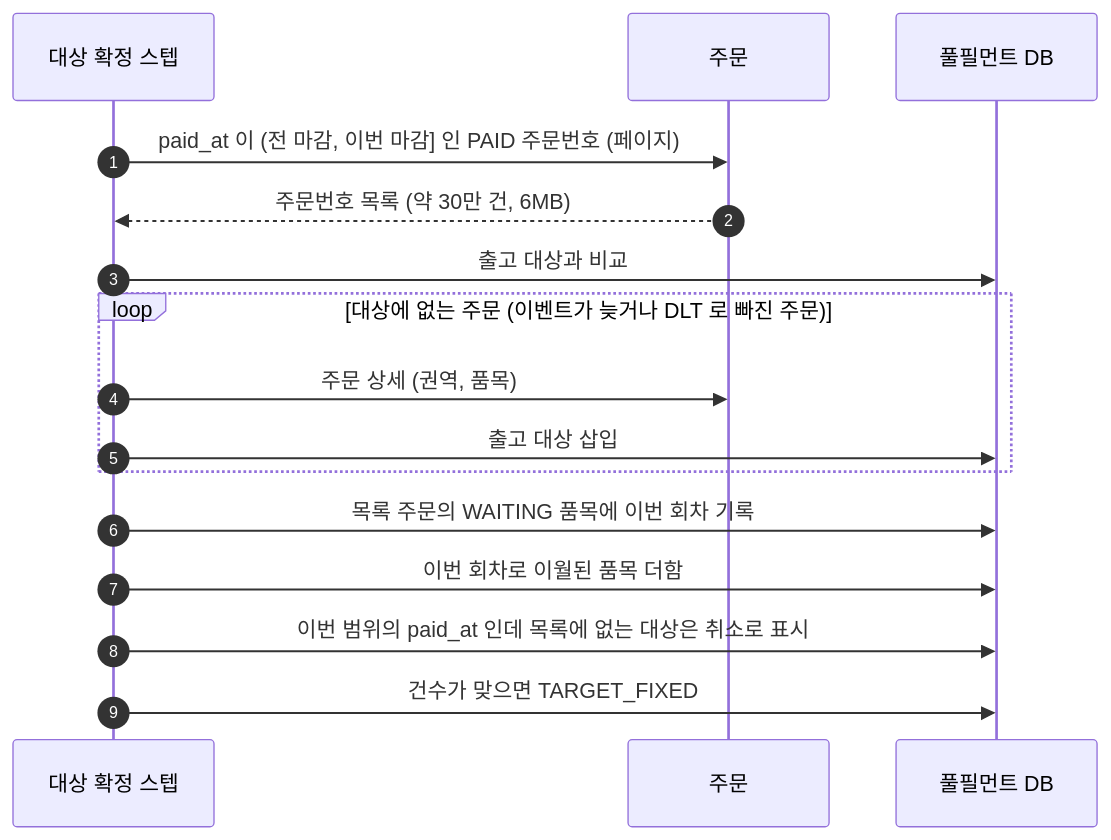
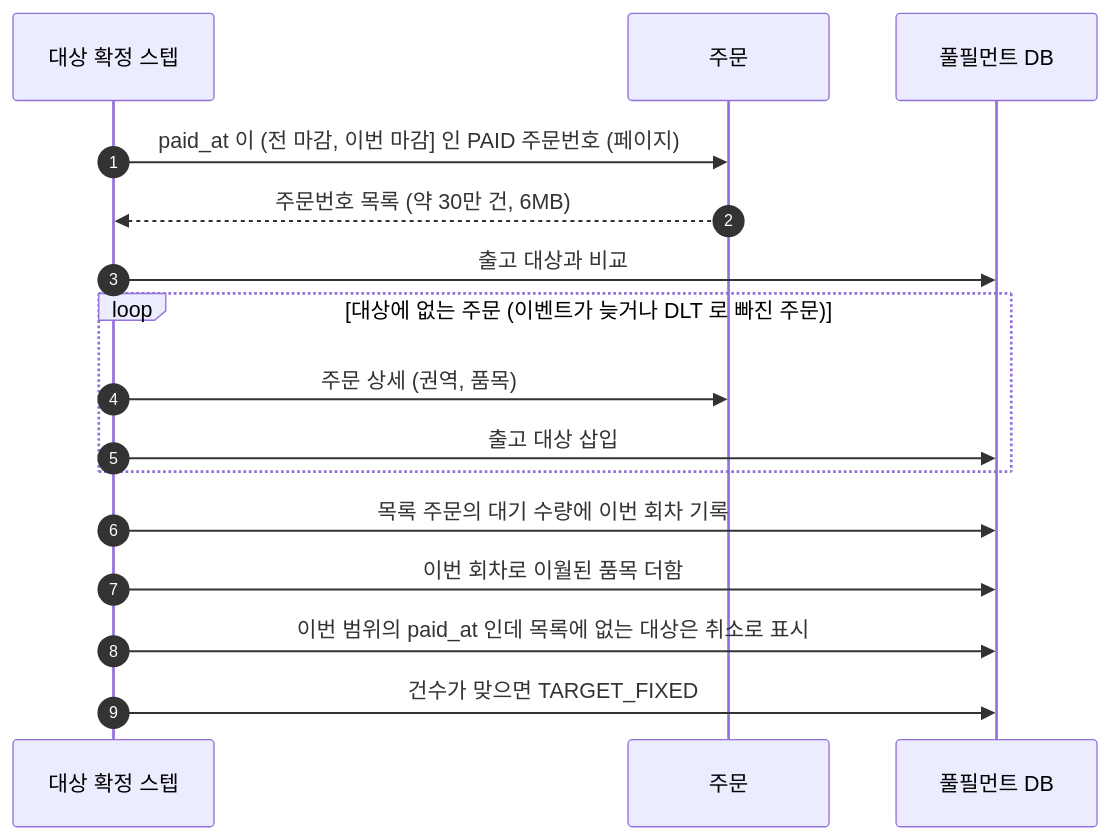
The third of 6 diagrams in docs/sequence/05-출고-배치.md (Bamdule/dawn-delivery-commerce), drawn with Mermaid before and after one commit. The commit also changed other lines of this file and 12 other files, not shown here.

````diff
--- a/docs/sequence/05-출고-배치.md
+++ b/docs/sequence/05-출고-배치.md
@@ -73,19 +73,19 @@
 ```mermaid
 sequenceDiagram
     autonumber
     participant 스텝 as 대상 확정 스텝
     participant 주문
     participant DB as 풀필먼트 DB
 
     스텝->>주문: paid_at 이 (전 마감, 이번 마감] 인 PAID 주문번호 (페이지)
     주문-->>스텝: 주문번호 목록 (약 30만 건, 6MB)
     스텝->>DB: 출고 대상과 비교
     loop 대상에 없는 주문 (이벤트가 늦거나 DLT 로 빠진 주문)
         스텝->>주문: 주문 상세 (권역, 품목)
         스텝->>DB: 출고 대상 삽입
     end
-    스텝->>DB: 목록 주문의 WAITING 품목에 이번 회차 기록
+    스텝->>DB: 목록 주문의 대기 수량에 이번 회차 기록
     스텝->>DB: 이번 회차로 이월된 품목 더함
     스텝->>DB: 이번 범위의 paid_at 인데 목록에 없는 대상은 취소로 표시
     스텝->>DB: 건수가 맞으면 TARGET_FIXED
 ```
````
